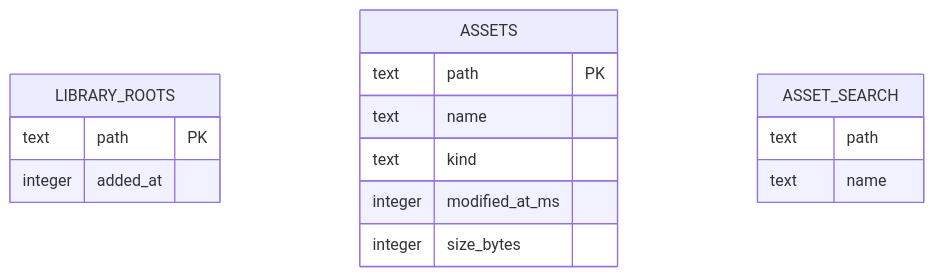
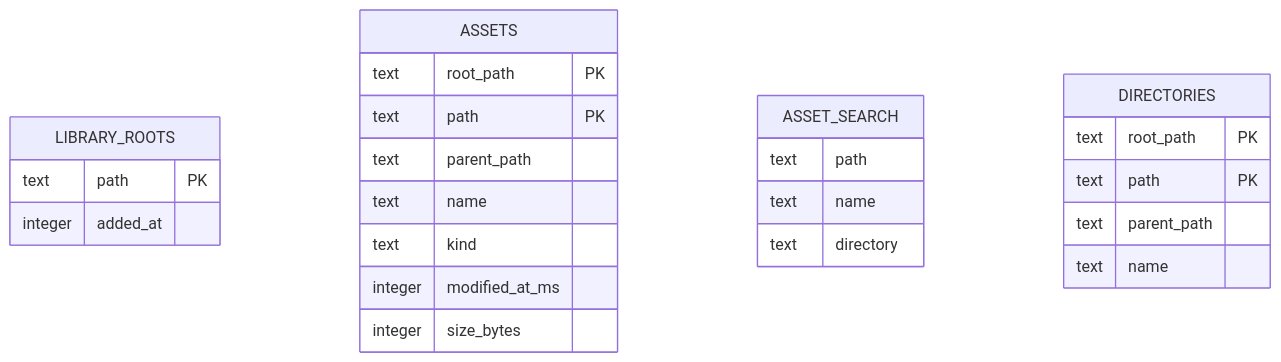
Before and after one commit to oxygenkun/oxyviewer: the second of 3 diagrams in docs/architecture/05-data-and-state.md, drawn with Mermaid. The commit also changed other lines of this file and 16 other files, not shown here.

````diff
--- a/docs/architecture/05-data-and-state.md
+++ b/docs/architecture/05-data-and-state.md
@@ -75,18 +76,27 @@
 ```mermaid
 erDiagram
     LIBRARY_ROOTS {
         text path PK
         integer added_at
     }
     ASSETS {
+        text root_path PK
         text path PK
+        text parent_path
         text name
         text kind
         integer modified_at_ms
         integer size_bytes
     }
     ASSET_SEARCH {
         text path
         text name
+        text directory
+    }
+    DIRECTORIES {
+        text root_path PK
+        text path PK
+        text parent_path
+        text name
     }
 ```
````
